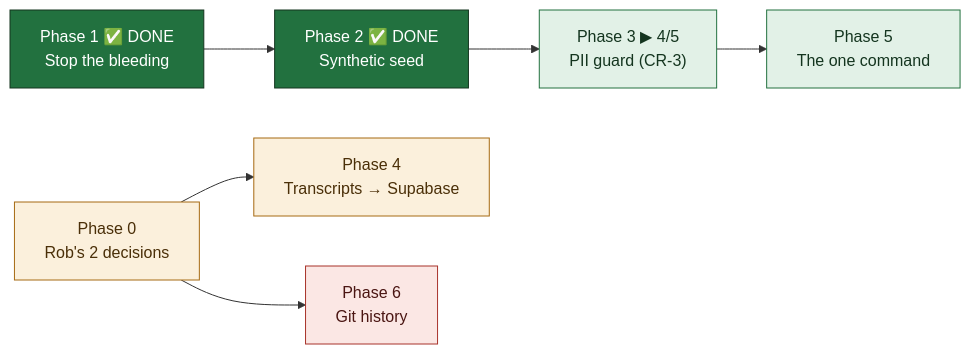
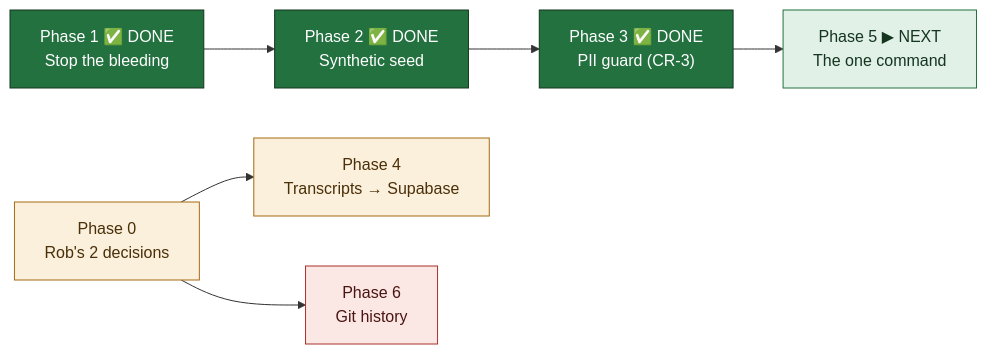
The diagram in docs/plans/PRD-scaffolding-in-git-data-in-supabase-v1.md (blacklabelbob/mle-rob-dashboard), drawn with Mermaid before and after one commit. The commit also changed other lines of this file and 4 other files, not shown here.

````diff
--- a/docs/plans/PRD-scaffolding-in-git-data-in-supabase-v1.md
+++ b/docs/plans/PRD-scaffolding-in-git-data-in-supabase-v1.md
@@ -30,19 +30,19 @@
 ```mermaid
 graph LR
   P0["Phase 0<br/>Rob's 2 decisions"]:::blocked
   P1["Phase 1 ✅ DONE<br/>Stop the bleeding"]:::done
   P2["Phase 2 ✅ DONE<br/>Synthetic seed"]:::done
-  P3["Phase 3 ▶ 4/5<br/>PII guard (CR-3)"]:::ready
-  P5["Phase 5<br/>The one command"]:::ready
+  P3["Phase 3 ✅ DONE<br/>PII guard (CR-3)"]:::done
+  P5["Phase 5 ▶ NEXT<br/>The one command"]:::ready
   P4["Phase 4<br/>Transcripts → Supabase"]:::blocked
   P6["Phase 6<br/>Git history"]:::danger
 
   P1 --> P2 --> P3 --> P5
   P0 --> P4
   P0 --> P6
 
   classDef done fill:#22713F,stroke:#14351F,color:#FFFFFF
   classDef ready fill:#E2F1E7,stroke:#22713F,color:#14351F
   classDef blocked fill:#FBF0DC,stroke:#A66A12,color:#4A2F08
   classDef danger fill:#FBE7E4,stroke:#A8332A,color:#4A1512
 ```
````
